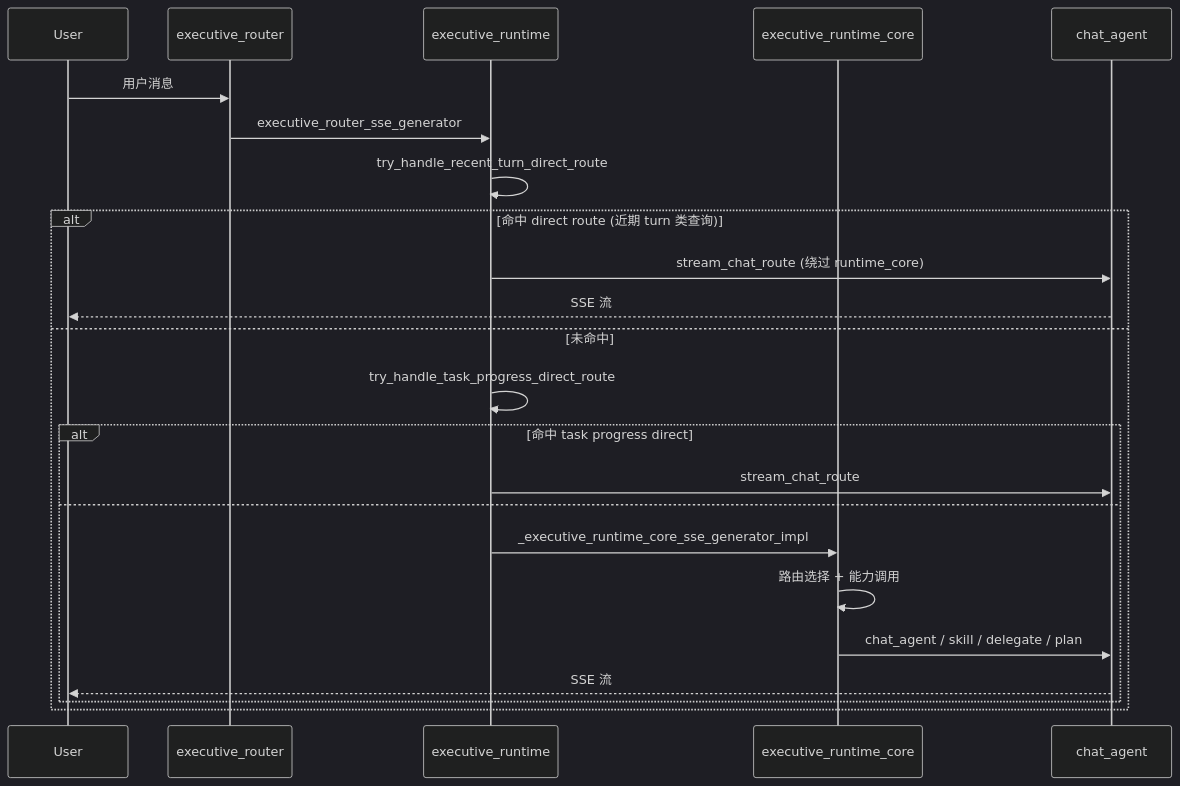
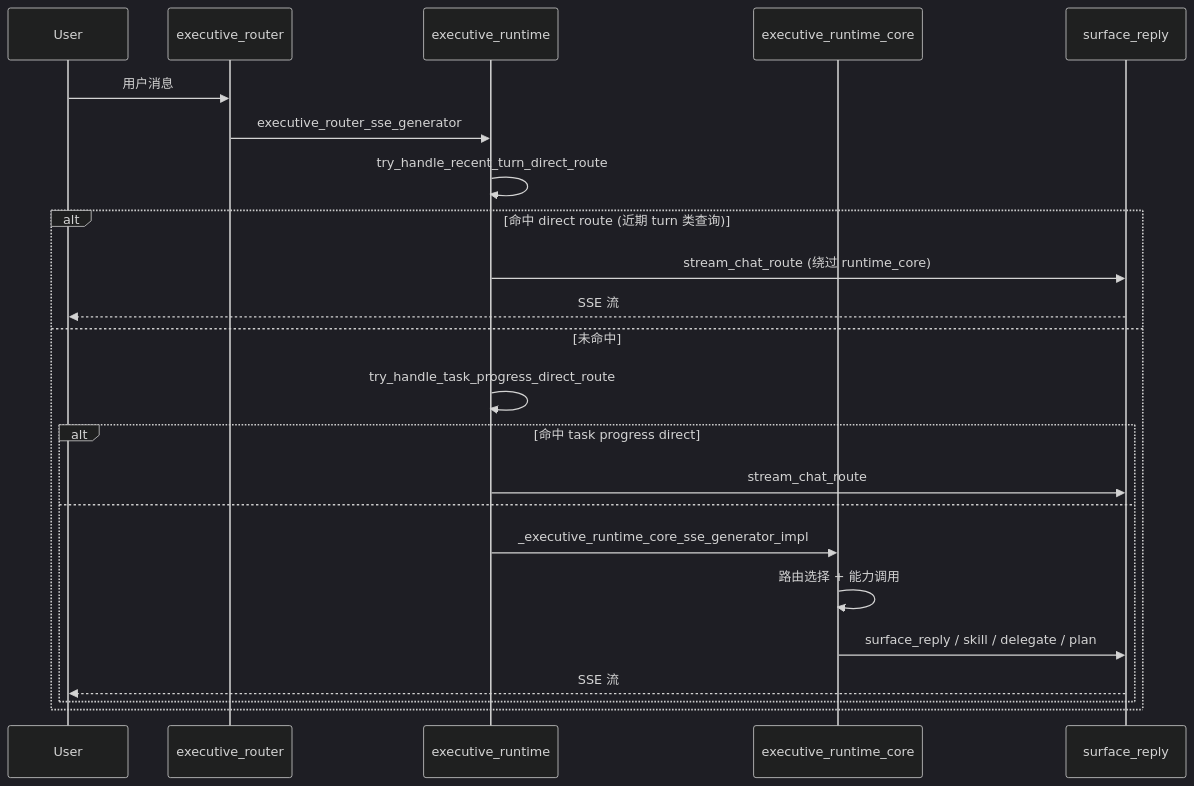
The second of 2 diagrams in docs/50_project/arch/diagrams/04_executive_layers.md (SakuraYoruno/Natsume_Ai), drawn with Mermaid (dark theme) before and after one commit. The commit also changed other lines of this file and 85 other files, not shown here.

````diff
--- a/docs/50_project/arch/diagrams/04_executive_layers.md
+++ b/docs/50_project/arch/diagrams/04_executive_layers.md
@@ -76,26 +76,26 @@
 ```mermaid
 sequenceDiagram
     participant U as User
     participant ER as executive_router
     participant RT as executive_runtime
     participant RC as executive_runtime_core
-    participant CA as chat_agent
+    participant CA as surface_reply
 
     U->>ER: 用户消息
     ER->>RT: executive_router_sse_generator
     RT->>RT: try_handle_recent_turn_direct_route
     alt 命中 direct route (近期 turn 类查询)
         RT->>CA: stream_chat_route (绕过 runtime_core)
         CA-->>U: SSE 流
     else 未命中
         RT->>RT: try_handle_task_progress_direct_route
         alt 命中 task progress direct
             RT->>CA: stream_chat_route
         else
             RT->>RC: _executive_runtime_core_sse_generator_impl
             RC->>RC: 路由选择 + 能力调用
-            RC->>CA: chat_agent / skill / delegate / plan
+            RC->>CA: surface_reply / skill / delegate / plan
             CA-->>U: SSE 流
         end
     end
 ```
````
